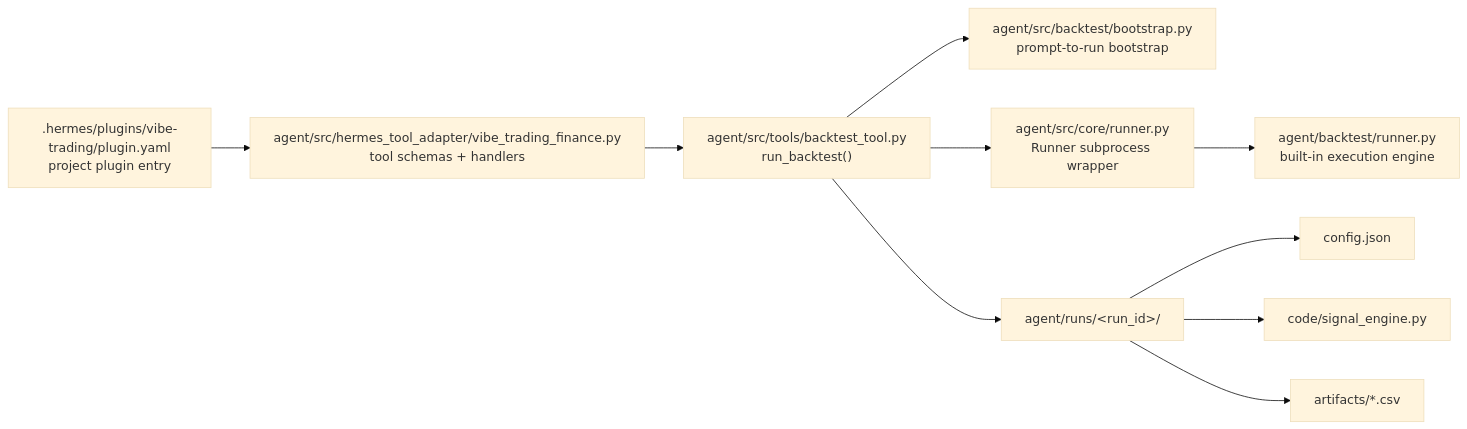
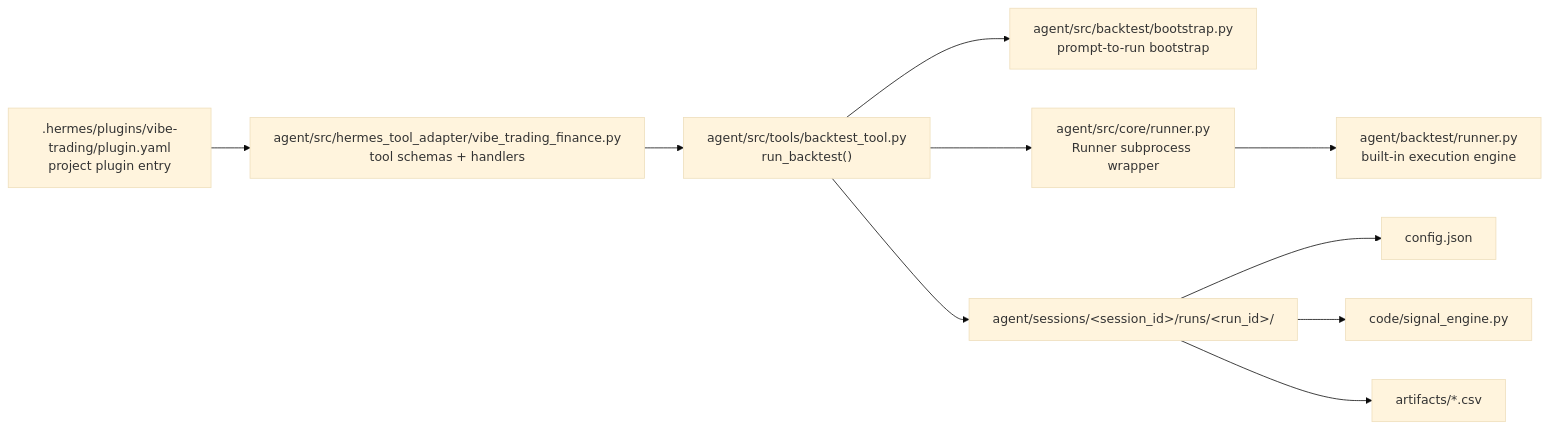
Before and after one commit to chris-han/Vibe-Trading: diagram 21 of 22 in Architecture-Design.md, drawn with Mermaid (base theme). The commit also changed other lines of this file and 3 other files, not shown here.

````diff
--- a/Architecture-Design.md
+++ b/Architecture-Design.md
@@ -1769,23 +1769,23 @@
 ```mermaid
 flowchart LR
     PLUGIN[".hermes/plugins/vibe-trading/plugin.yaml<br/>project plugin entry"]
     ADAPTER["agent/src/hermes_tool_adapter/vibe_trading_finance.py<br/>tool schemas + handlers"]
     TOOL["agent/src/tools/backtest_tool.py<br/>run_backtest()"]
     BOOT["agent/src/backtest/bootstrap.py<br/>prompt-to-run bootstrap"]
     CORE["agent/src/core/runner.py<br/>Runner subprocess wrapper"]
     ENGINE["agent/backtest/runner.py<br/>built-in execution engine"]
-    RUNDIR["agent/runs/&lt;run_id&gt;/"]
+    RUNDIR["agent/sessions/&lt;session_id&gt;/runs/&lt;run_id&gt;/"]
     CFG["config.json"]
     SIG["code/signal_engine.py"]
     ART["artifacts/*.csv"]
 
     PLUGIN --> ADAPTER
     ADAPTER --> TOOL
     TOOL --> BOOT
     TOOL --> CORE
     CORE --> ENGINE
     TOOL --> RUNDIR
     RUNDIR --> CFG
     RUNDIR --> SIG
     RUNDIR --> ART
 ```
````
